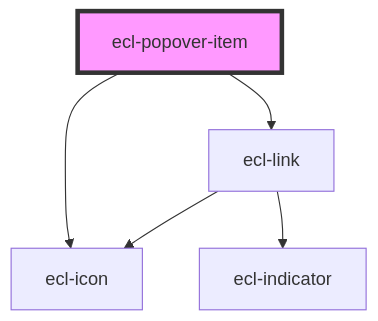
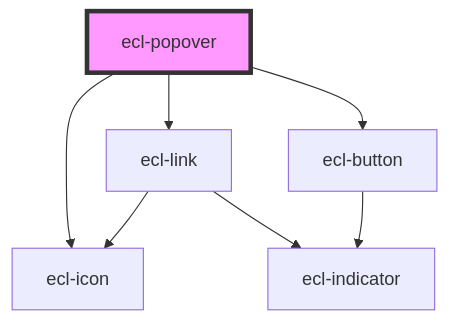
One commit to ec-europa/ecl-webcomponents changed the diagram in src/components/ecl-popover/readme.md. Above: the diagram before and after it, drawn with Mermaid. The commit also changed other lines of this file and 17 other files, not shown here.

````diff
--- a/src/components/ecl-popover/readme.md
+++ b/src/components/ecl-popover/readme.md
@@ -28,8 +32,10 @@
 ```mermaid
 graph TD;
-  ecl-popover-item --> ecl-link
-  ecl-popover-item --> ecl-icon
+  ecl-popover --> ecl-link
+  ecl-popover --> ecl-icon
+  ecl-popover --> ecl-button
   ecl-link --> ecl-icon
   ecl-link --> ecl-indicator
-  style ecl-popover-item fill:#f9f,stroke:#333,stroke-width:4px
+  ecl-button --> ecl-indicator
+  style ecl-popover fill:#f9f,stroke:#333,stroke-width:4px
 ```
````
